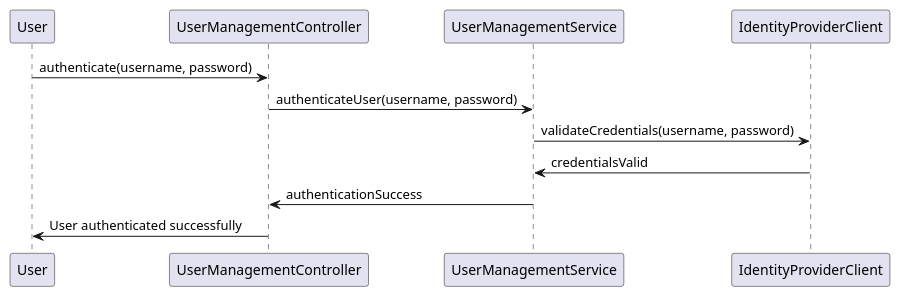
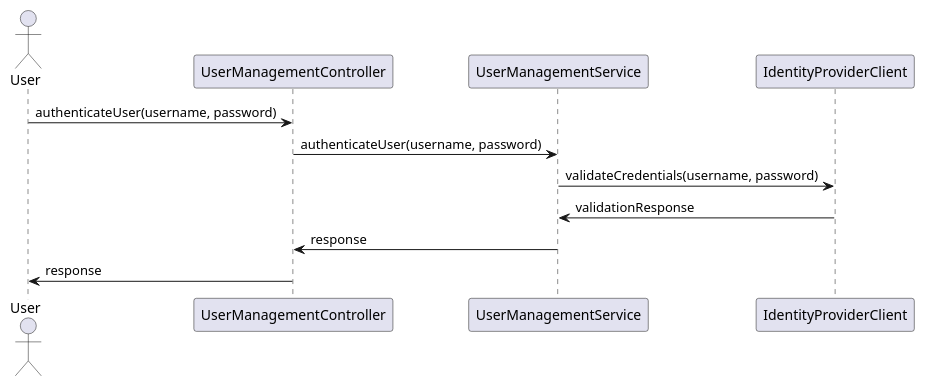
Before and after one commit to shreya-cn/autodev.ai: the second of 4 diagrams in usermanagement/documentation/detaileddesign.adoc, drawn with PlantUML. The commit also changed other lines of this file and 7 other files, not shown here.

```diff
--- a/usermanagement/documentation/detaileddesign.adoc
+++ b/usermanagement/documentation/detaileddesign.adoc
@@ -126,14 +126,16 @@
 [plantuml, authentication-sequence, png]
-....
-participant "User" as U
-participant "UserManagementController" as C
-participant "UserManagementService" as S
-participant "IdentityProviderClient" as IPC
+----
+@startuml
+actor User
+participant "UserManagementController" as Controller
+participant "UserManagementService" as Service
+participant "IdentityProviderClient" as IdentityProvider
 
-U -> C: authenticate(username, password)
-C -> S: authenticateUser(username, password)
-S -> IPC: validateCredentials(username, password)
-IPC -> S: credentialsValid
-S -> C: authenticationSuccess
-C -> U: User authenticated successfully
-....
+User -> Controller: authenticateUser(username, password)
+Controller -> Service: authenticateUser(username, password)
+Service -> IdentityProvider: validateCredentials(username, password)
+IdentityProvider -> Service: validationResponse
+Service -> Controller: response
+Controller -> User: response
+@enduml
+----
```
